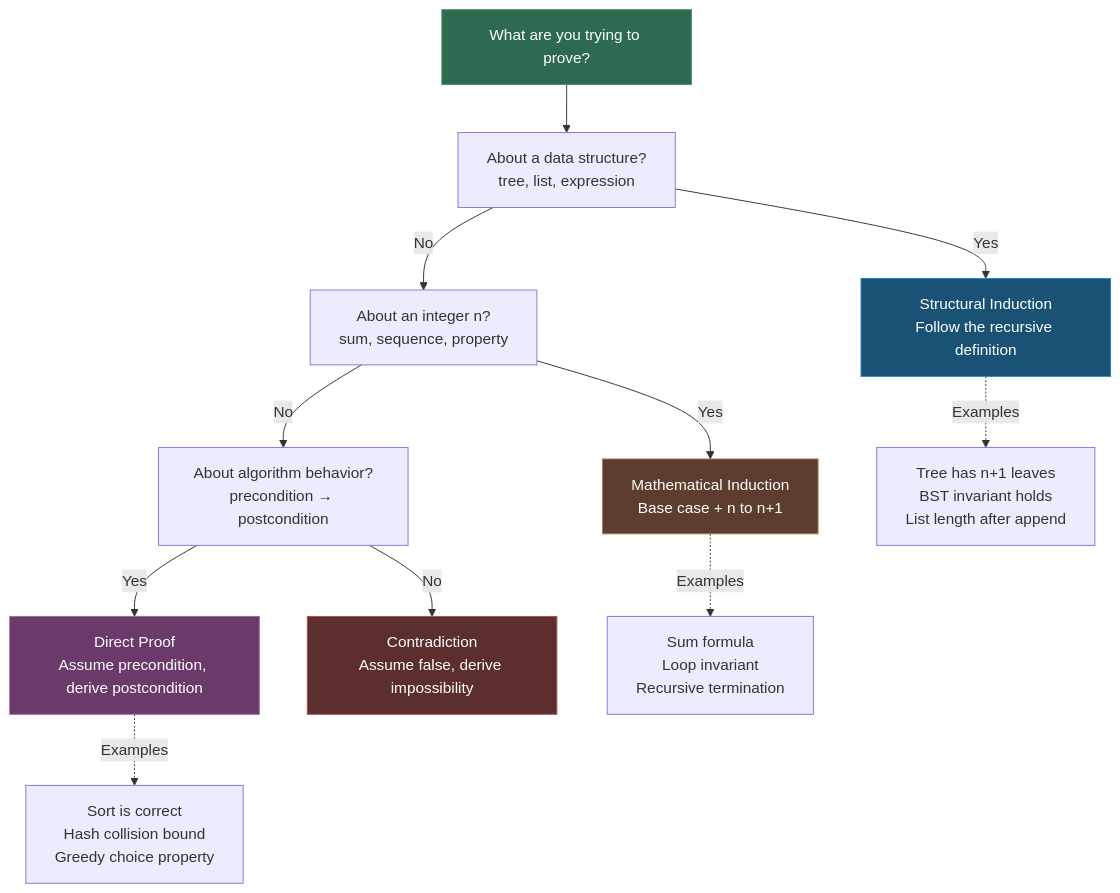
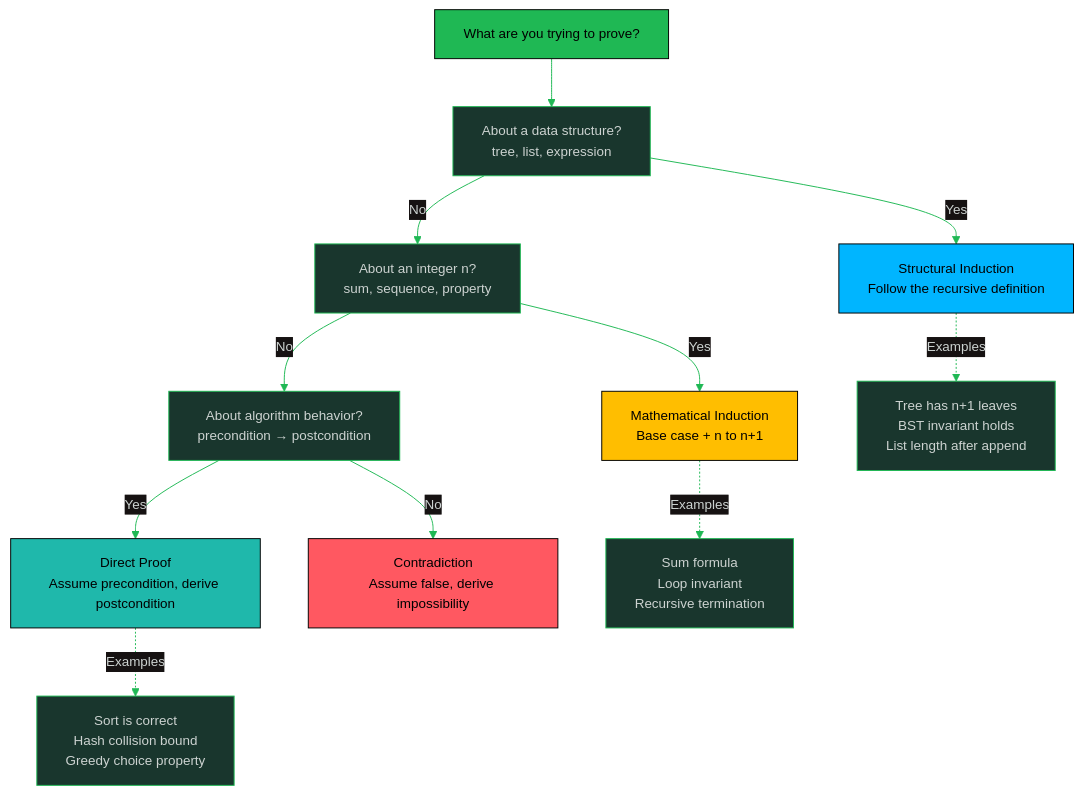
Before and after one commit to oat431/swe-knowledge: the diagram in math-for-software-engineering-note/01_proof_techniques.md, drawn with Mermaid. The commit also changed other lines of this file and 18 other files, not shown here.

````diff
--- a/math-for-software-engineering-note/01_proof_techniques.md
+++ b/math-for-software-engineering-note/01_proof_techniques.md
@@ -134,20 +134,21 @@
 ```mermaid
+%%{init: {'theme':'base','themeVariables':{'primaryColor':'#19362D','primaryTextColor':'#CDD3D1','primaryBorderColor':'#1FB854','lineColor':'#1FB854','background':'#1B1717','mainBkg':'#19362D','clusterBkg':'#161212','edgeLabelBackground':'#161212','titleColor':'#1FB854','fontSize':'14px'}}}%%
 flowchart TD
     START["What are you trying to prove?"] --> Q1["About a data structure?\ntree, list, expression"]
     Q1 -->|Yes| STRUCT["Structural Induction\nFollow the recursive definition"]
     Q1 -->|No| Q2["About an integer n?\nsum, sequence, property"]
     Q2 -->|Yes| INDUC["Mathematical Induction\nBase case + n to n+1"]
     Q2 -->|No| Q3["About algorithm behavior?\nprecondition → postcondition"]
     Q3 -->|Yes| DIRECT["Direct Proof\nAssume precondition, derive postcondition"]
     Q3 -->|No| CONTRA["Contradiction\nAssume false, derive impossibility"]
 
     STRUCT -.->|Examples| EX1["Tree has n+1 leaves\nBST invariant holds\nList length after append"]
     INDUC -.->|Examples| EX2["Sum formula\nLoop invariant\nRecursive termination"]
     DIRECT -.->|Examples| EX3["Sort is correct\nHash collision bound\nGreedy choice property"]
 
-    style START fill:#2d6a4f,stroke:#40916c,color:#fff
-    style STRUCT fill:#1a5276,stroke:#2e86c1,color:#fff
-    style INDUC fill:#5c3d2e,stroke:#a67c52,color:#fff
-    style DIRECT fill:#6b3a6b,stroke:#9b6b9b,color:#fff
-    style CONTRA fill:#5c2e2e,stroke:#a65252,color:#fff
+    style START fill:#1FB854,stroke:#000000,color:#000000
+    style STRUCT fill:#00B5FF,stroke:#000000,color:#000000
+    style INDUC fill:#FFBE00,stroke:#000000,color:#000000
+    style DIRECT fill:#1FB8AB,stroke:#000000,color:#000000
+    style CONTRA fill:#FF5861,stroke:#000000,color:#000000
 ```
````
